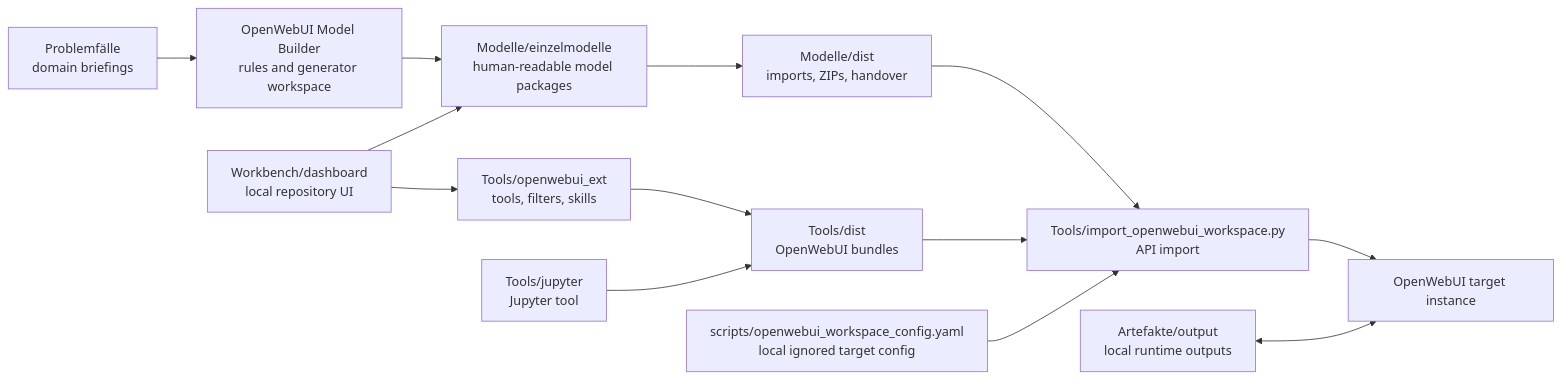
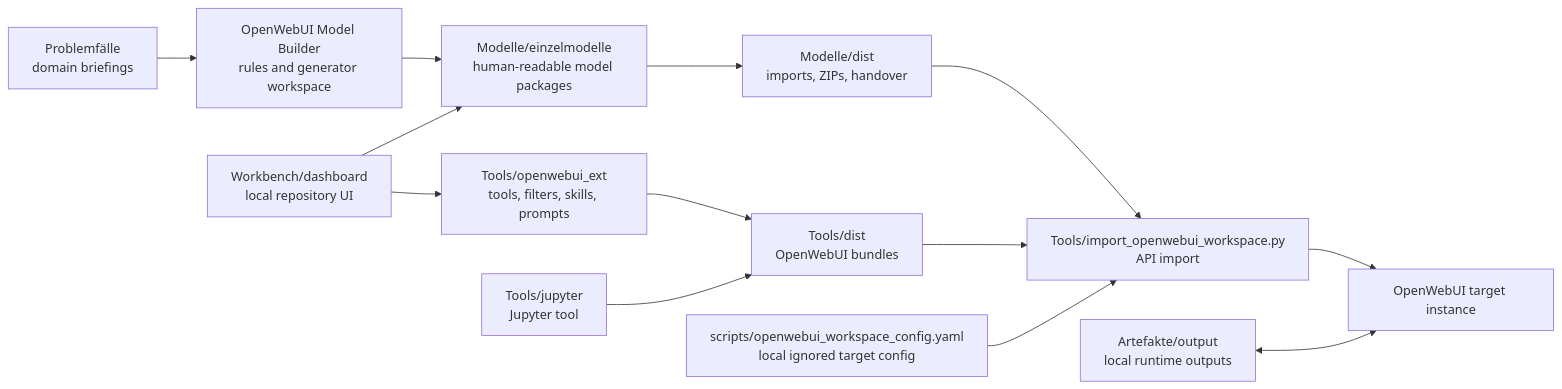
Before and after one commit to adrianweidig/openwebui-workbench: the diagram in docs/en/ARCHITECTURE.md, drawn with Mermaid. The commit also changed other lines of this file and 29 other files, not shown here.

Commit message:
Add OpenWebUI resource management to workbench

````diff
--- a/docs/en/ARCHITECTURE.md
+++ b/docs/en/ARCHITECTURE.md
@@ -9,15 +9,15 @@
 ```mermaid
 flowchart LR
   Briefings["Problemfälle<br/>domain briefings"] --> Builder["OpenWebUI Model Builder<br/>rules and generator workspace"]
   Builder --> Models["Modelle/einzelmodelle<br/>human-readable model packages"]
   Models --> Dist["Modelle/dist<br/>imports, ZIPs, handover"]
-  Tools["Tools/openwebui_ext<br/>tools, filters, skills"] --> ToolDist["Tools/dist<br/>OpenWebUI bundles"]
+  Tools["Tools/openwebui_ext<br/>tools, filters, skills, prompts"] --> ToolDist["Tools/dist<br/>OpenWebUI bundles"]
   Jupyter["Tools/jupyter<br/>Jupyter tool"] --> ToolDist
   Dashboard["Workbench/dashboard<br/>local repository UI"] --> Models
   Dashboard --> Tools
   ToolDist --> Importer["Tools/import_openwebui_workspace.py<br/>API import"]
   Dist --> Importer
   Config["scripts/openwebui_workspace_config.yaml<br/>local ignored target config"] --> Importer
   Importer --> OpenWebUI["OpenWebUI target instance"]
   Artifacts["Artefakte/output<br/>local runtime outputs"] <--> OpenWebUI
 ```
````
